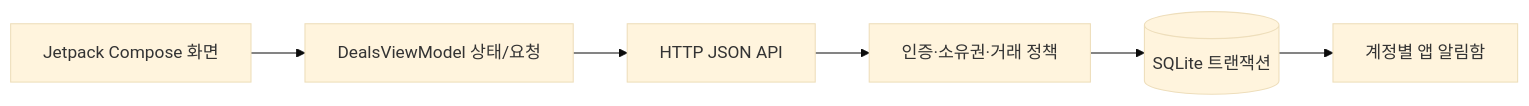
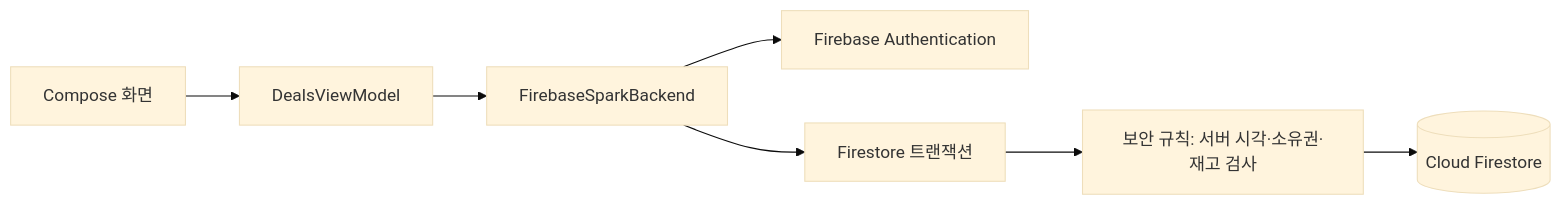
One commit to jinbot0221/evening-deals-android changed the diagram in README.md. Above: the diagram before and after it, drawn with Mermaid (base theme). The commit also changed other lines of this file and 27 other files, not shown here.

Commit message:
Move Android backend to Firebase Spark with transactional stock security rules

````diff
--- a/README.md
+++ b/README.md
@@ -101,8 +84,9 @@
 ```mermaid
 flowchart LR
-    A[Jetpack Compose 화면] --> B[DealsViewModel 상태/요청]
-    B --> C[HTTP JSON API]
-    C --> D[인증·소유권·거래 정책]
-    D --> E[(SQLite 트랜잭션)]
-    E --> F[계정별 앱 알림함]
+    A[Compose 화면] --> B[DealsViewModel]
+    B --> C[FirebaseSparkBackend]
+    C --> D[Firebase Authentication]
+    C --> E[Firestore 트랜잭션]
+    E --> F[보안 규칙: 서버 시각·소유권·재고 검사]
+    F --> G[(Cloud Firestore)]
 ```
````
